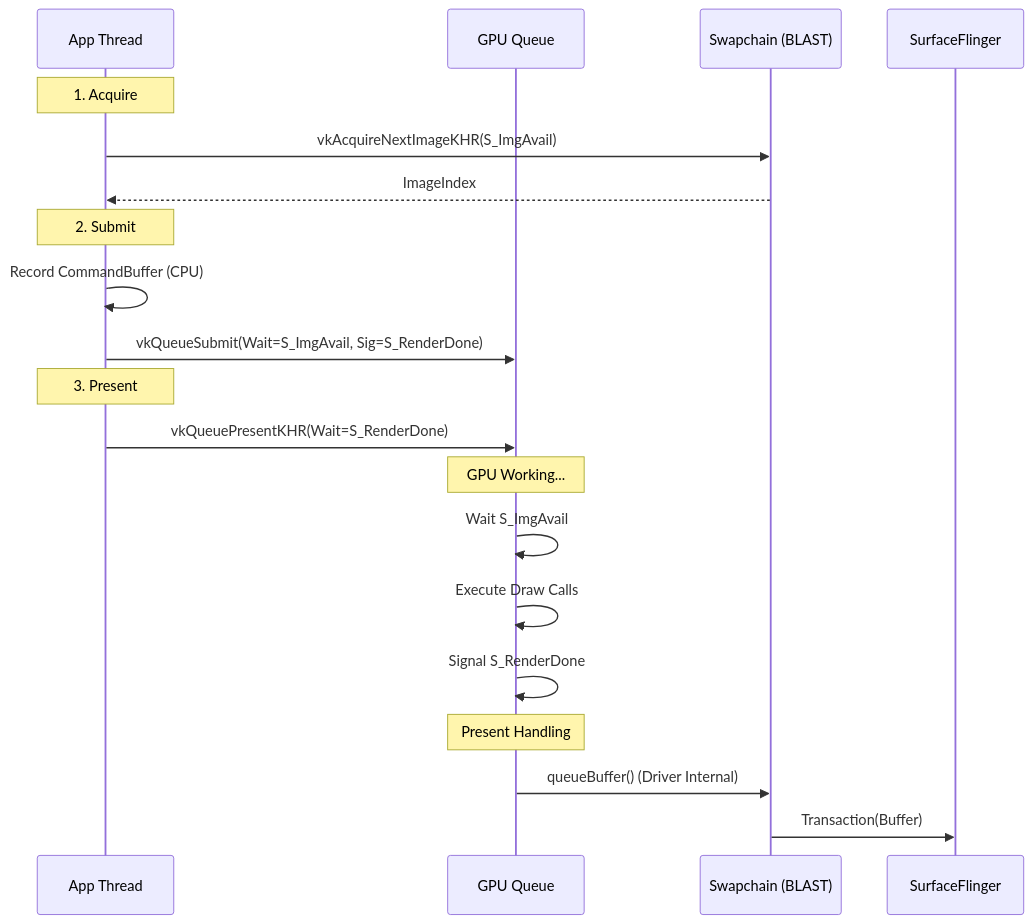
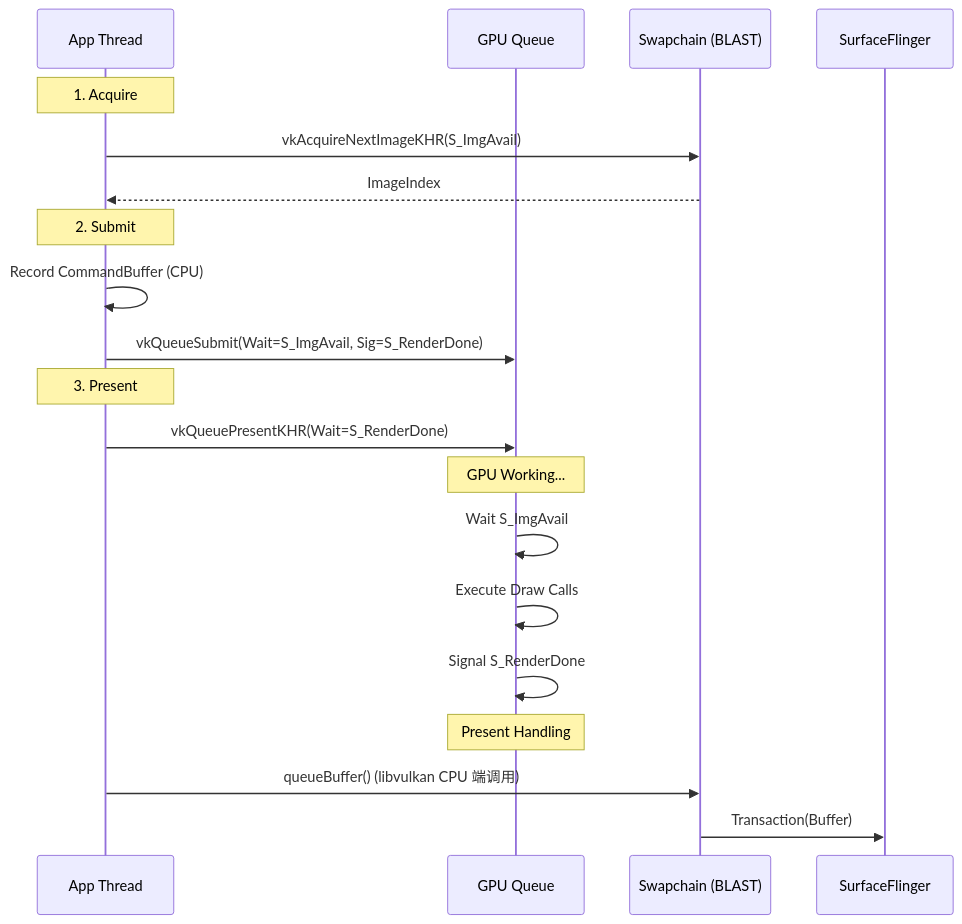
Before and after one commit to Gracker/android-internals-wiki: the first of 2 diagrams in src/part2-performance/ch18-rendering-pipelines/09-vulkan-native.md, drawn with Mermaid. The commit also changed other lines of this file and 2 other files, not shown here.

Commit message:
[openclaw] rework: 4.3 ART GC观测口径 + 18.9 Vulkan时序图 — review 回炉修复

````diff
--- a/src/part2-performance/ch18-rendering-pipelines/09-vulkan-native.md
+++ b/src/part2-performance/ch18-rendering-pipelines/09-vulkan-native.md
@@ -241,27 +241,27 @@
 ```mermaid
 sequenceDiagram
     participant App as App Thread
     participant GPU as GPU Queue
     participant SC as Swapchain (BLAST)
     participant SF as SurfaceFlinger
 
     Note over App: 1. Acquire
     App->>SC: vkAcquireNextImageKHR(S_ImgAvail)
     SC-->>App: ImageIndex
 
     Note over App: 2. Submit
     App->>App: Record CommandBuffer (CPU)
     App->>GPU: vkQueueSubmit(Wait=S_ImgAvail, Sig=S_RenderDone)
     
     Note over App: 3. Present
     App->>GPU: vkQueuePresentKHR(Wait=S_RenderDone)
     
     Note over GPU: GPU Working...
     GPU->>GPU: Wait S_ImgAvail
     GPU->>GPU: Execute Draw Calls
     GPU->>GPU: Signal S_RenderDone
     
     Note over GPU: Present Handling
-    GPU->>SC: queueBuffer() (Driver Internal)
+    App->>SC: queueBuffer() (libvulkan CPU 端调用)
     SC->>SF: Transaction(Buffer)
 ```
````
